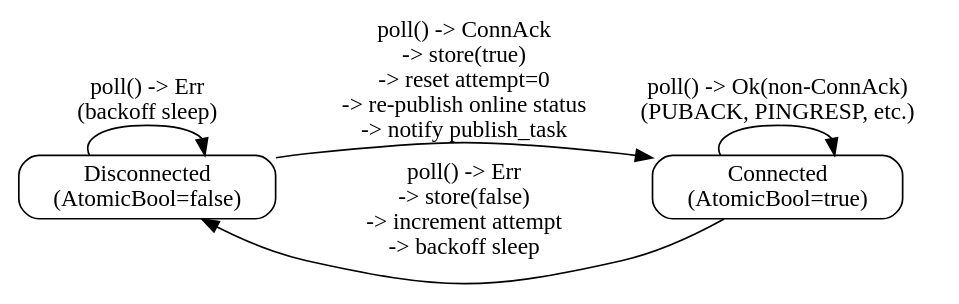
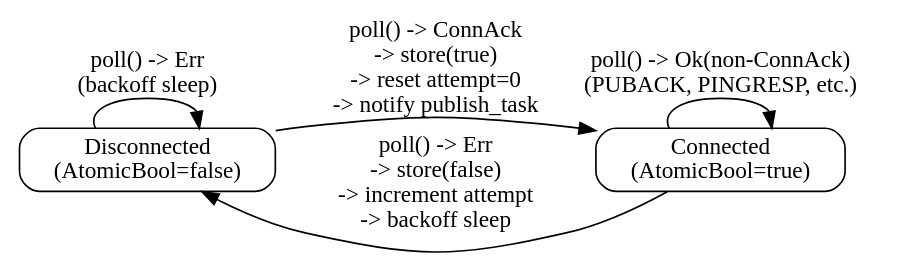
The third of 4 diagrams in docs/superpowers/specs/2026-03-29-phase1a-adapter-standalone-design.md (w-pinkietech/iotkit), drawn with Graphviz before and after one commit. The commit also changed other lines of this file, not shown here.

````diff
--- a/docs/superpowers/specs/2026-03-29-phase1a-adapter-standalone-design.md
+++ b/docs/superpowers/specs/2026-03-29-phase1a-adapter-standalone-design.md
@@ -1168,14 +1219,14 @@
 ```dot
 digraph connection_lifecycle {
     rankdir=LR;
     node [shape=box, style=rounded];
 
     Disconnected [label="Disconnected\n(AtomicBool=false)"];
     Connected [label="Connected\n(AtomicBool=true)"];
 
     Disconnected -> Disconnected [label="poll() -> Err\n(backoff sleep)"];
-    Disconnected -> Connected [label="poll() -> ConnAck\n-> store(true)\n-> reset attempt=0\n-> re-publish online status\n-> notify publish_task"];
+    Disconnected -> Connected [label="poll() -> ConnAck\n-> store(true)\n-> reset attempt=0\n-> notify publish_task"];
     Connected -> Connected [label="poll() -> Ok(non-ConnAck)\n(PUBACK, PINGRESP, etc.)"];
     Connected -> Disconnected [label="poll() -> Err\n-> store(false)\n-> increment attempt\n-> backoff sleep"];
 }
 ```
````
